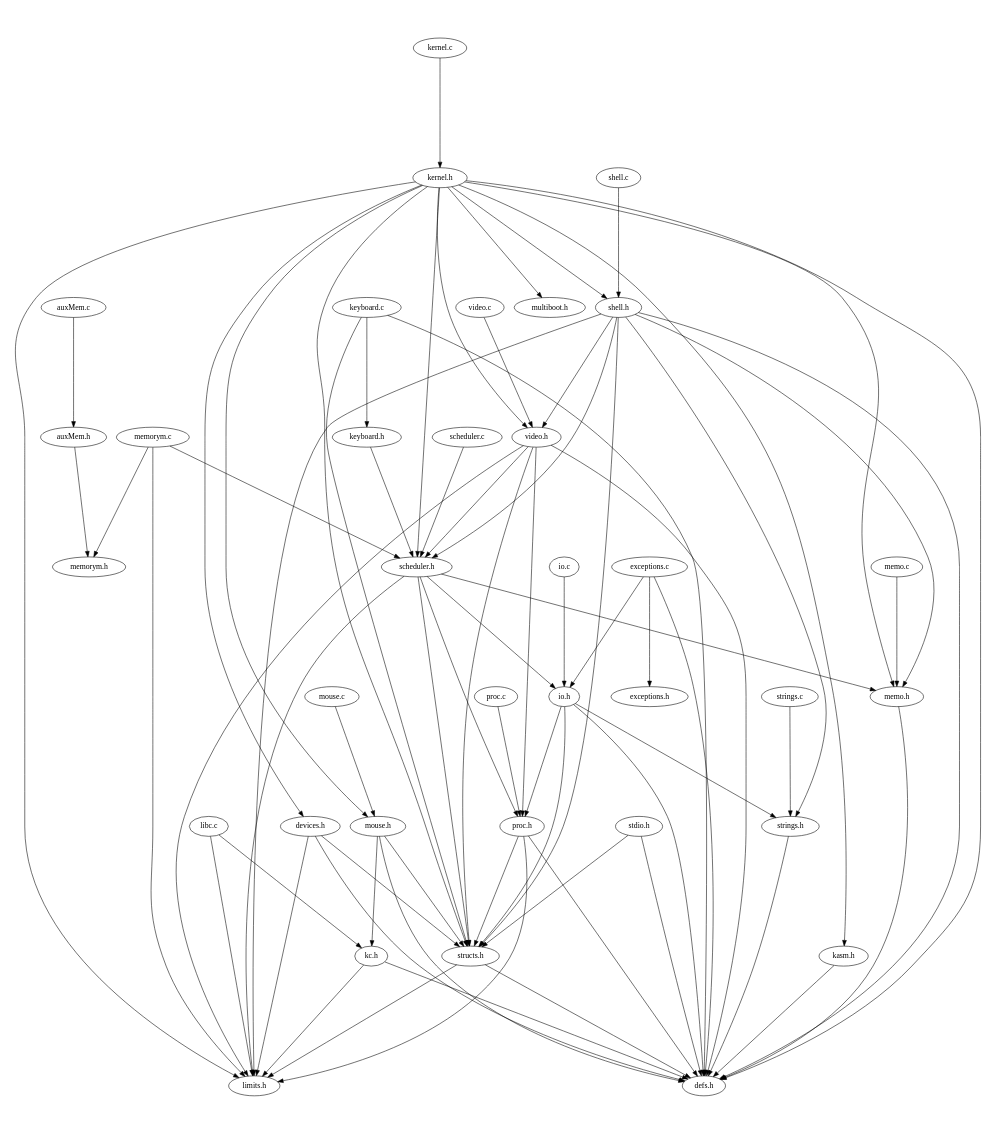
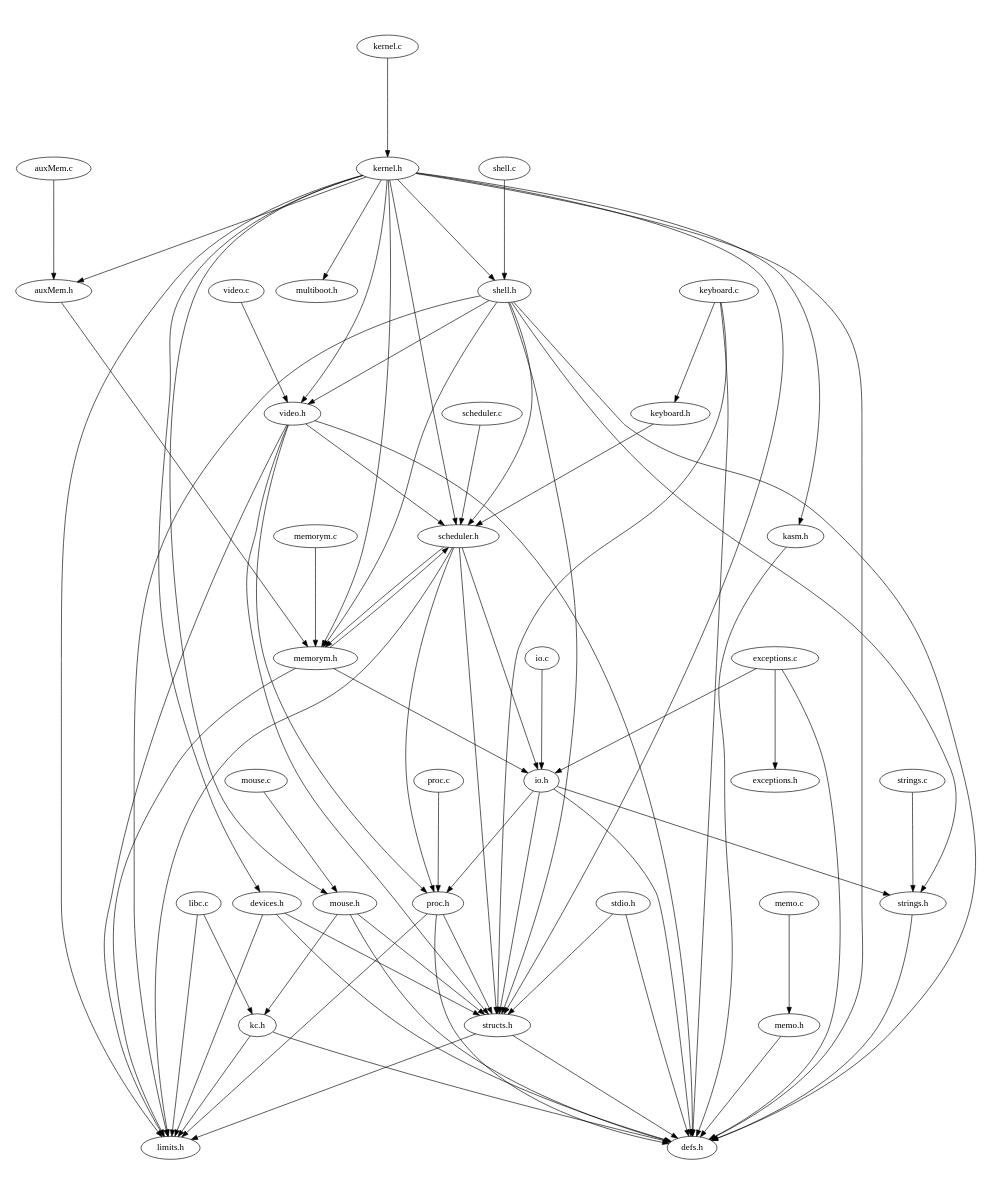
One commit to akarpovsky/SO_TPE changed the diagram in TPE2/algo.dot. Above: the diagram before and after it, drawn with Graphviz. The commit also changed 14 other files, not shown here.

```diff
--- a/TPE2/algo.dot
+++ b/TPE2/algo.dot
@@ -1,81 +1,83 @@
 digraph "source tree" {
     overlap=scale;
     size="8,10";
     ratio="fill";
     fontsize="16";
     fontname="Helvetica";
 	clusterrank="local";
 	"video.c" -> "video.h"
 	"kernel.h" -> "structs.h"
 	"io.c" -> "io.h"
 	"kernel.h" -> "limits.h"
 	"kernel.h" -> "shell.h"
 	"kernel.h" -> "video.h"
 	"structs.h" -> "limits.h"
 	"kernel.h" -> "devices.h"
 	"keyboard.h" -> "scheduler.h"
 	"shell.h" -> "defs.h"
 	"shell.h" -> "strings.h"
 	"keyboard.c" -> "keyboard.h"
 	"proc.h" -> "limits.h"
 	"mouse.c" -> "mouse.h"
 	"video.h" -> "proc.h"
 	"strings.h" -> "defs.h"
+	"kernel.h" -> "auxMem.h"
 	"scheduler.c" -> "scheduler.h"
 	"structs.h" -> "defs.h"
 	"keyboard.c" -> "structs.h"
-	"shell.h" -> "memo.h"
 	"mouse.h" -> "defs.h"
-	"kernel.h" -> "memo.h"
 	"io.h" -> "defs.h"
 	"strings.c" -> "strings.h"
 	"memo.h" -> "defs.h"
 	"memorym.c" -> "memorym.h"
 	"shell.h" -> "scheduler.h"
 	"stdio.h" -> "structs.h"
 	"kernel.h" -> "multiboot.h"
 	"proc.h" -> "defs.h"
 	"kernel.h" -> "defs.h"
 	"io.h" -> "proc.h"
 	"video.h" -> "defs.h"
 	"io.h" -> "strings.h"
 	"auxMem.h" -> "memorym.h"
 	"kc.h" -> "defs.h"
 	"video.h" -> "limits.h"
+	"memorym.h" -> "scheduler.h"
 	"io.h" -> "structs.h"
 	"stdio.h" -> "defs.h"
 	"kernel.h" -> "kasm.h"
 	"mouse.h" -> "structs.h"
 	"mouse.h" -> "kc.h"
 	"shell.h" -> "structs.h"
 	"video.h" -> "scheduler.h"
-	"memorym.c" -> "scheduler.h"
 	"libc.c" -> "kc.h"
 	"exceptions.c" -> "io.h"
+	"kernel.h" -> "memorym.h"
+	"memorym.h" -> "io.h"
 	"auxMem.c" -> "auxMem.h"
 	"shell.h" -> "limits.h"
 	"scheduler.h" -> "structs.h"
 	"exceptions.c" -> "defs.h"
 	"kernel.c" -> "kernel.h"
 	"libc.c" -> "limits.h"
 	"memo.c" -> "memo.h"
 	"shell.h" -> "video.h"
-	"scheduler.h" -> "memo.h"
 	"scheduler.h" -> "limits.h"
 	"keyboard.c" -> "defs.h"
 	"scheduler.h" -> "proc.h"
 	"exceptions.c" -> "exceptions.h"
 	"devices.h" -> "structs.h"
 	"video.h" -> "structs.h"
 	"kernel.h" -> "mouse.h"
 	"proc.c" -> "proc.h"
+	"memorym.h" -> "limits.h"
 	"shell.c" -> "shell.h"
-	"memorym.c" -> "limits.h"
 	"proc.h" -> "structs.h"
 	"kernel.h" -> "scheduler.h"
 	"devices.h" -> "defs.h"
 	"devices.h" -> "limits.h"
 	"scheduler.h" -> "io.h"
+	"shell.h" -> "memorym.h"
+	"scheduler.h" -> "memorym.h"
 	"kasm.h" -> "defs.h"
 	"kc.h" -> "limits.h"
 }
```
